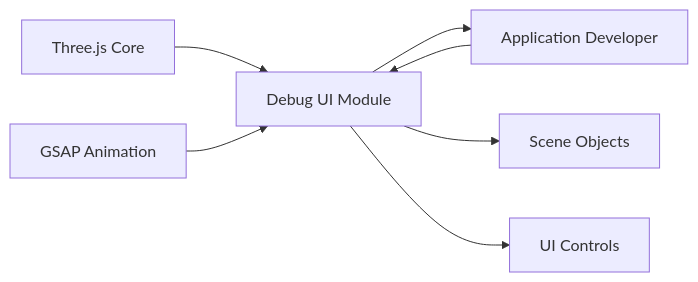
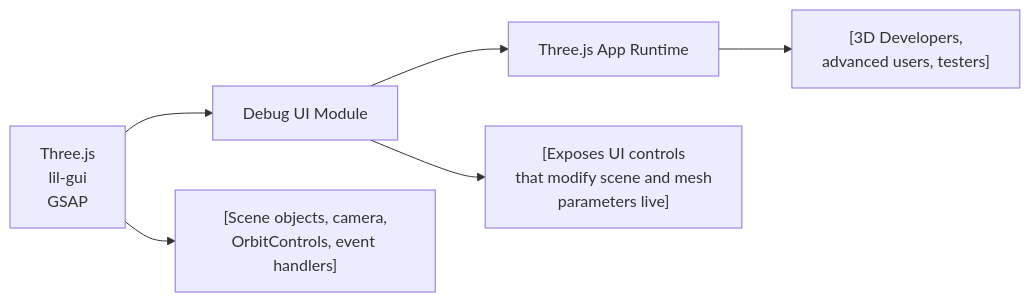
Before and after one commit to NicoooM/three-js-test: the diagram in .shelfya/guide/debug-ui.md, drawn with Mermaid. The commit also changed other lines of this file and 15 other files, not shown here.

````diff
--- a/.shelfya/guide/debug-ui.md
+++ b/.shelfya/guide/debug-ui.md
@@ -62,8 +62,7 @@
 ```mermaid
 flowchart LR
-  three["Three.js Core"] --> debugUI["Debug UI Module"] --> appDev["Application Developer"]
-  gsap["GSAP Animation"] --> debugUI
-  debugUI --> scene["Scene Objects"]
-  debugUI --> controls["UI Controls"]
-  appDev --> debugUI
+  dependencies["Three.js<br/>lil-gui<br/>GSAP"] --> thisModule["Debug UI Module"] --> usedBy["Three.js App Runtime"]
+  dependencies --> details["[Scene objects, camera,<br/>OrbitControls, event handlers]"]
+  thisModule --> process["[Exposes UI controls<br/>that modify scene and mesh<br/>parameters live]"] 
+  usedBy --> consumers["[3D Developers,<br/>advanced users, testers]"]
 ```
````
